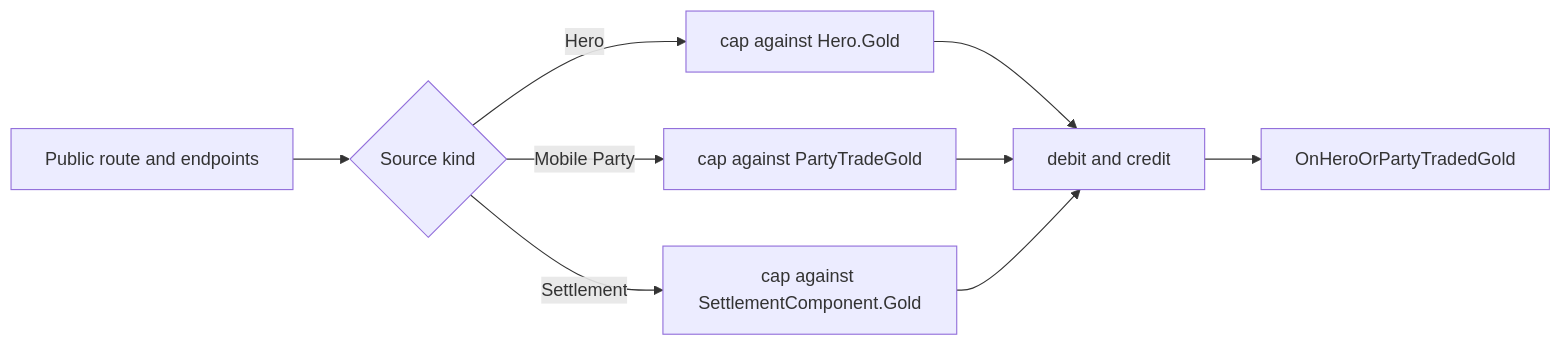
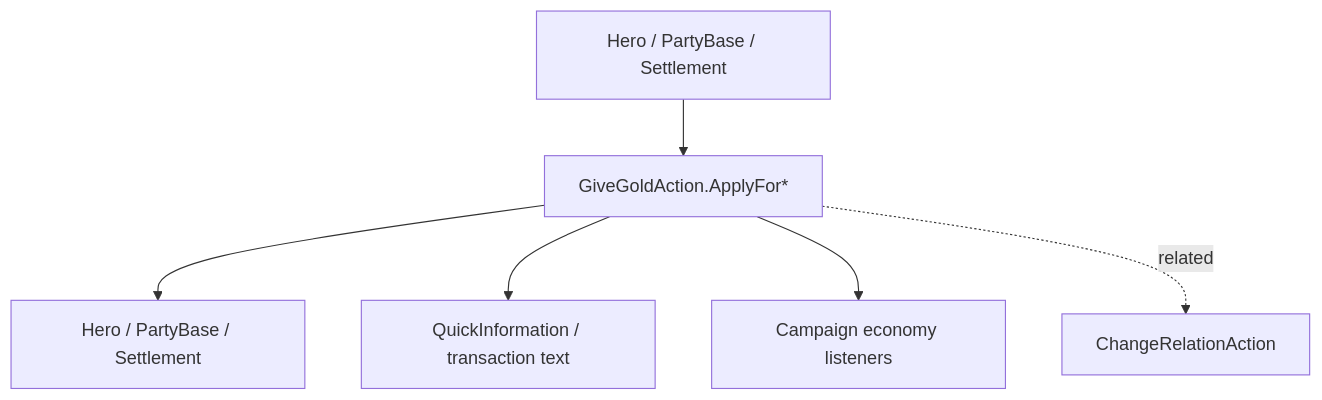
One commit to BannerlordCode/BannerlordCode.github.io changed the diagram in content/v1.4.5/en/api/campaign-ext/GiveGoldAction.md. Above: the diagram before and after it, drawn with Mermaid. The commit also changed other lines of this file and 47 other files, not shown here.

````diff
--- a/content/v1.4.5/en/api/campaign-ext/GiveGoldAction.md
+++ b/content/v1.4.5/en/api/campaign-ext/GiveGoldAction.md
@@ -27,11 +30,8 @@
 ```mermaid
-flowchart LR
-    A[Public route and endpoints] --> B{Source kind}
-    B -->|Hero| C[cap against Hero.Gold]
-    B -->|Mobile Party| D[cap against PartyTradeGold]
-    B -->|Settlement| E[cap against SettlementComponent.Gold]
-    C --> F[debit and credit]
-    D --> F
-    E --> F
-    F --> G[OnHeroOrPartyTradedGold]
+graph TD
+    FROM[Hero / PartyBase / Settlement] --> ACTION[GiveGoldAction.ApplyFor*]
+    ACTION --> TO[Hero / PartyBase / Settlement]
+    ACTION --> INFO[QuickInformation / transaction text]
+    ACTION --> EVENTS[Campaign economy listeners]
+    ACTION -. related .-> REL[ChangeRelationAction]
 ```
````
